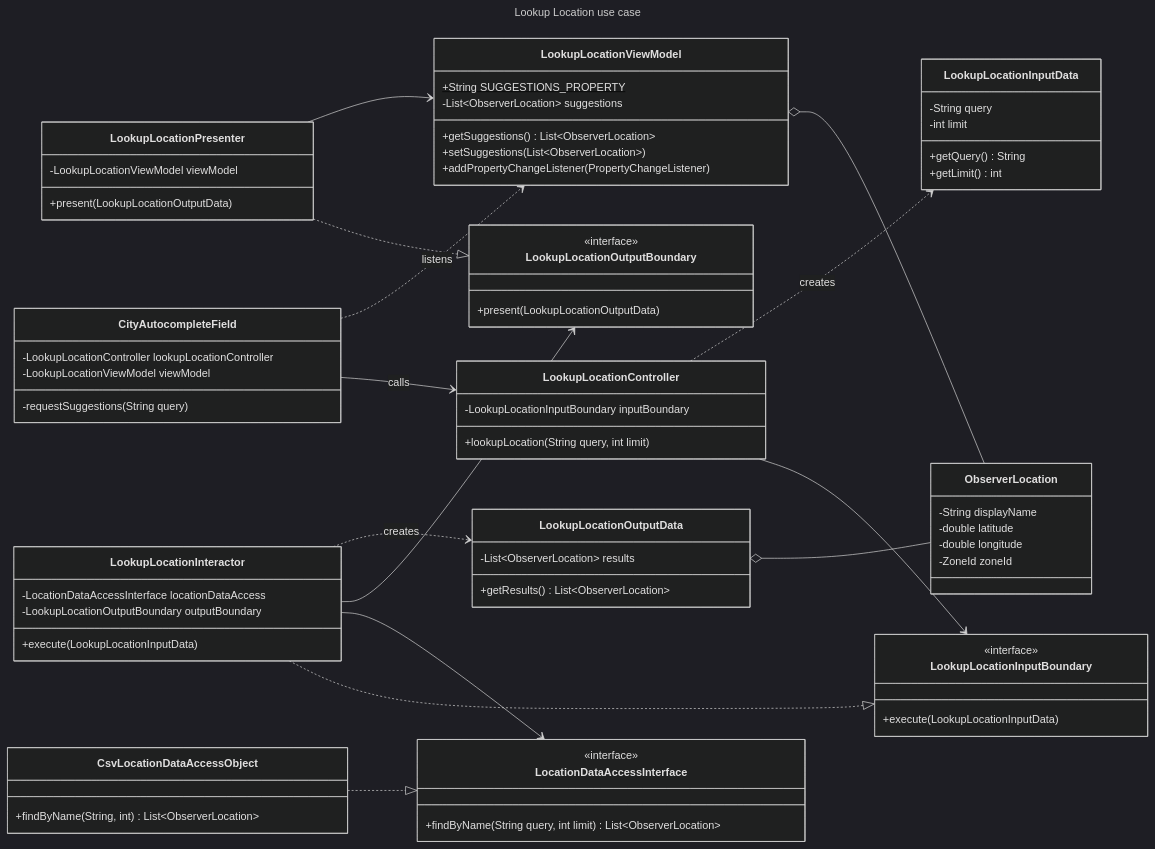
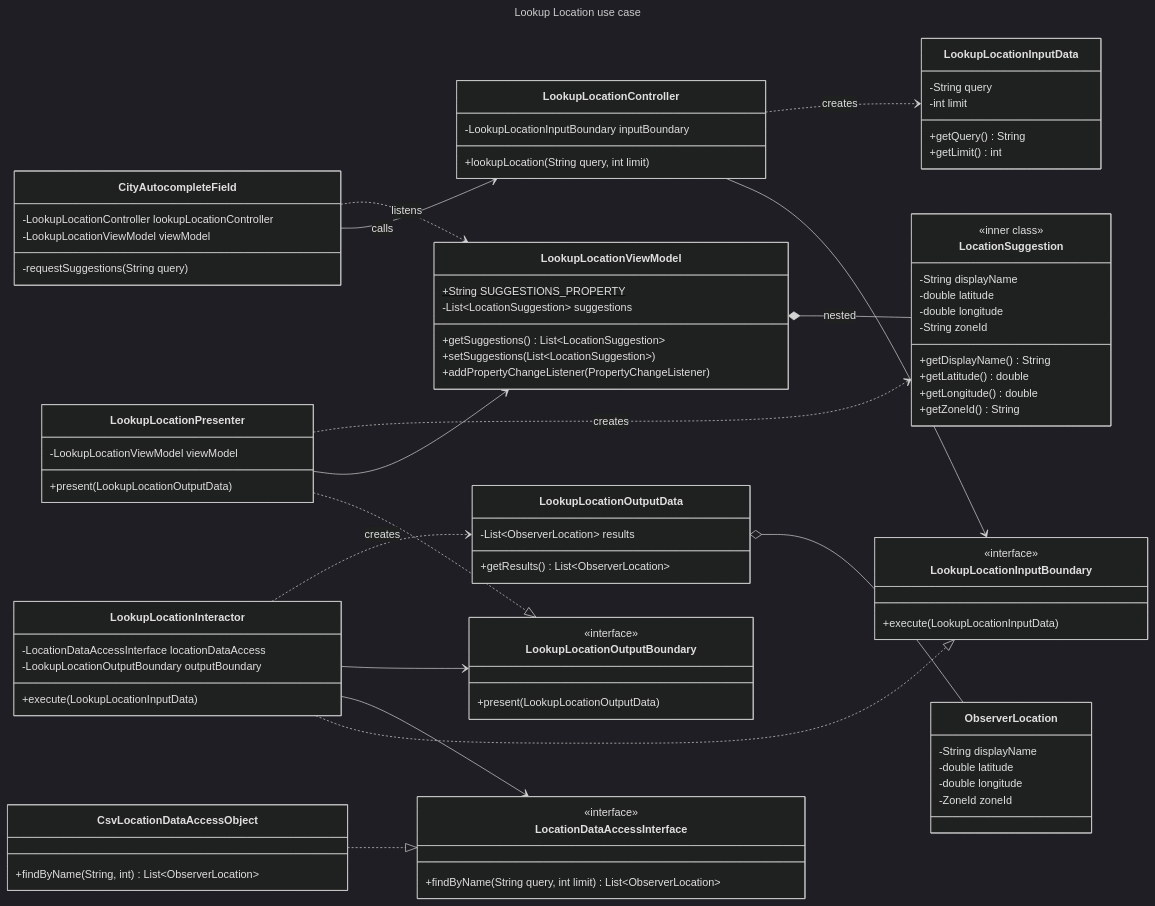
The diagram in docs/uml/lookup_location.mmd (raycesu/Halo), drawn with Mermaid (dark theme) before and after one commit. The commit also changed 27 other files, not shown here.

Commit message:
fixed DIP and updated UML diagrams

```diff
--- a/docs/uml/lookup_location.mmd
+++ b/docs/uml/lookup_location.mmd
@@ -1,98 +1,111 @@
 ---
 title: Lookup Location use case
 ---
 classDiagram
 direction LR
 
 %% ---------- View ----------
 class CityAutocompleteField {
   -LookupLocationController lookupLocationController
   -LookupLocationViewModel viewModel
   -requestSuggestions(String query)
 }
 
 %% ---------- Interface Adapters ----------
 class LookupLocationController {
   -LookupLocationInputBoundary inputBoundary
   +lookupLocation(String query, int limit)
 }
 
 class LookupLocationPresenter {
   -LookupLocationViewModel viewModel
   +present(LookupLocationOutputData)
 }
 
 class LookupLocationViewModel {
   +String SUGGESTIONS_PROPERTY$
-  -List~ObserverLocation~ suggestions
-  +getSuggestions() List~ObserverLocation~
-  +setSuggestions(List~ObserverLocation~)
+  -List~LocationSuggestion~ suggestions
+  +getSuggestions() List~LocationSuggestion~
+  +setSuggestions(List~LocationSuggestion~)
   +addPropertyChangeListener(PropertyChangeListener)
+}
+
+class LocationSuggestion {
+  <<inner class>>
+  -String displayName
+  -double latitude
+  -double longitude
+  -String zoneId
+  +getDisplayName() String
+  +getLatitude() double
+  +getLongitude() double
+  +getZoneId() String
 }
 
 %% ---------- Use Case layer ----------
 class LookupLocationInputBoundary {
   <<interface>>
   +execute(LookupLocationInputData)
 }
 
 class LookupLocationOutputBoundary {
   <<interface>>
   +present(LookupLocationOutputData)
 }
 
 class LookupLocationInteractor {
   -LocationDataAccessInterface locationDataAccess
   -LookupLocationOutputBoundary outputBoundary
   +execute(LookupLocationInputData)
 }
 
 class LookupLocationInputData {
   -String query
   -int limit
   +getQuery() String
   +getLimit() int
 }
 
 class LookupLocationOutputData {
   -List~ObserverLocation~ results
   +getResults() List~ObserverLocation~
 }
 
 class LocationDataAccessInterface {
   <<interface>>
   +findByName(String query, int limit) List~ObserverLocation~
 }
 
 %% ---------- Data Access ----------
 class CsvLocationDataAccessObject {
   +findByName(String, int) List~ObserverLocation~
 }
 
 %% ---------- Entity ----------
 class ObserverLocation {
   -String displayName
   -double latitude
   -double longitude
   -ZoneId zoneId
 }
 
 %% ---------- Relationships ----------
 CityAutocompleteField --> LookupLocationController : calls
 CityAutocompleteField ..> LookupLocationViewModel : listens
 
 LookupLocationController --> LookupLocationInputBoundary
 LookupLocationController ..> LookupLocationInputData : creates
 
 LookupLocationInteractor ..|> LookupLocationInputBoundary
 LookupLocationInteractor --> LocationDataAccessInterface
 LookupLocationInteractor --> LookupLocationOutputBoundary
 LookupLocationInteractor ..> LookupLocationOutputData : creates
 
 LookupLocationPresenter ..|> LookupLocationOutputBoundary
 LookupLocationPresenter --> LookupLocationViewModel
+LookupLocationPresenter ..> LocationSuggestion : creates
 
 CsvLocationDataAccessObject ..|> LocationDataAccessInterface
 
 LookupLocationOutputData o-- ObserverLocation
-LookupLocationViewModel o-- ObserverLocation
+LookupLocationViewModel *-- LocationSuggestion : nested
```
